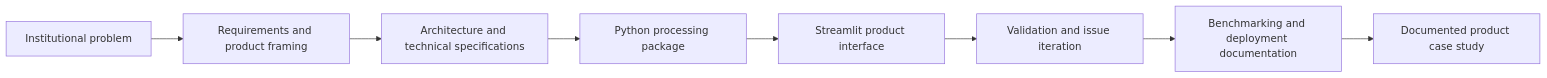
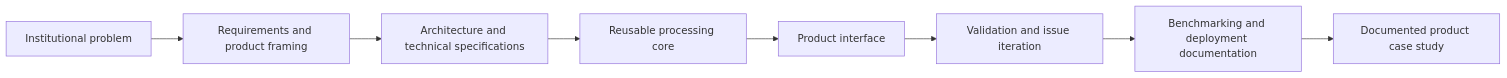
The first of 3 diagrams in README.md (arielabade/mandacaru), drawn with Mermaid before and after one commit. The commit also changed other lines of this file and 5 other files, not shown here.

````diff
--- a/README.md
+++ b/README.md
@@ -68,10 +68,10 @@
 ```mermaid
 flowchart LR
     A[Institutional problem] --> B[Requirements and product framing]
     B --> C[Architecture and technical specifications]
-    C --> D[Python processing package]
-    D --> E[Streamlit product interface]
+    C --> D[Reusable processing core]
+    D --> E[Product interface]
     E --> F[Validation and issue iteration]
     F --> G[Benchmarking and deployment documentation]
     G --> H[Documented product case study]
 ```
````
